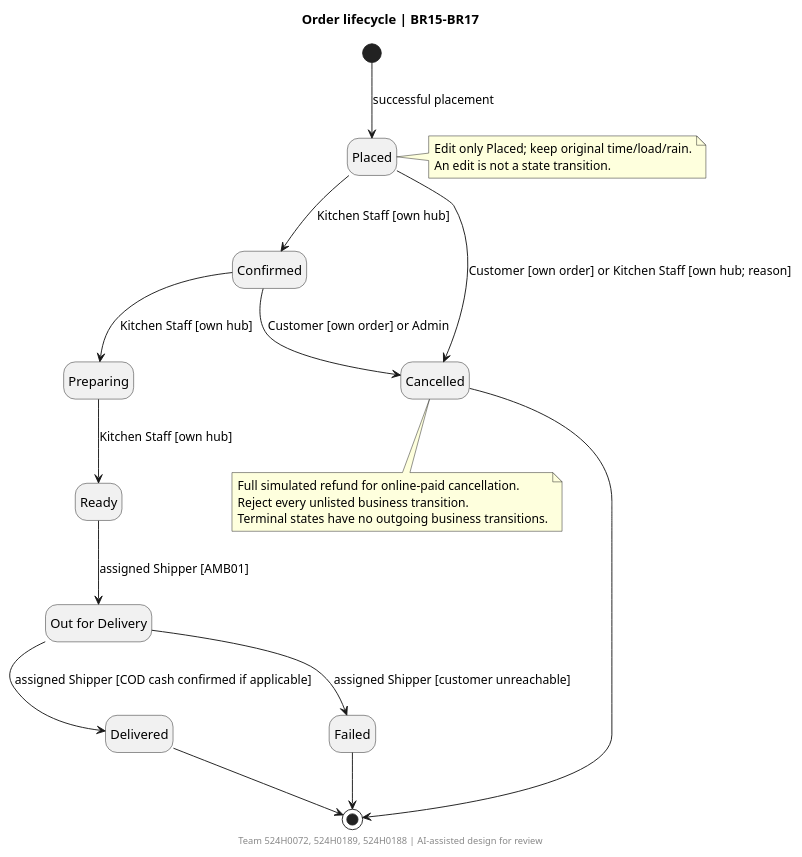
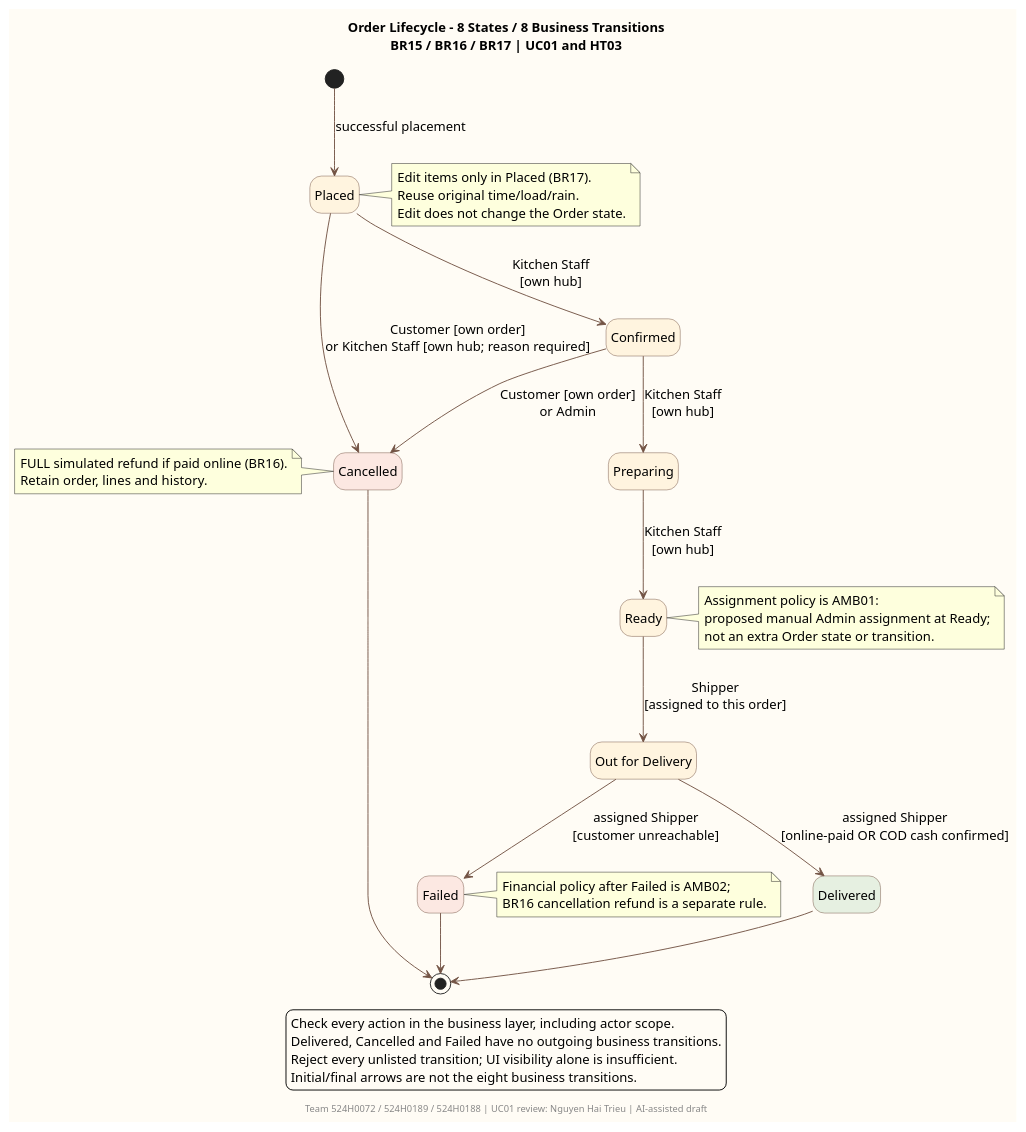
The diagram in docs/part2/diagrams/order-state.puml (rumnopro0809/saigonbite-group3), drawn with PlantUML before and after one commit. The commit also changed 23 other files, not shown here.

Commit message:
docs(uc01): complete Nov 11 activity and lifecycle review

```diff
--- a/docs/part2/diagrams/order-state.puml
+++ b/docs/part2/diagrams/order-state.puml
@@ -1,27 +1,56 @@
 @startuml
-title Order lifecycle | BR15-BR17
-footer Team 524H0072, 524H0189, 524H0188 | AI-assisted design for review
+title Order Lifecycle - 8 States / 8 Business Transitions\nBR15 / BR16 / BR17 | UC01 and HT03
+footer Team 524H0072 / 524H0189 / 524H0188 | UC01 review: Nguyen Hai Trieu | AI-assisted draft
+skinparam backgroundColor #FFFCF5
+skinparam shadowing false
+skinparam defaultFontName SansSerif
+skinparam defaultFontSize 14
+skinparam stateBackgroundColor #FFF4DF
+skinparam stateBorderColor #735344
+skinparam ArrowColor #735344
 hide empty description
+state Placed
+state Confirmed
+state Preparing
+state Ready
 state "Out for Delivery" as Out
+state Delivered #E6F0E1
+state Cancelled #FCE8E2
+state Failed #FCE8E2
 [*] --> Placed : successful placement
-Placed --> Confirmed : Kitchen Staff [own hub]
-Placed --> Cancelled : Customer [own order] or Kitchen Staff [own hub; reason]
-Confirmed --> Preparing : Kitchen Staff [own hub]
-Confirmed --> Cancelled : Customer [own order] or Admin
-Preparing --> Ready : Kitchen Staff [own hub]
-Ready --> Out : assigned Shipper [AMB01]
-Out --> Delivered : assigned Shipper [COD cash confirmed if applicable]
-Out --> Failed : assigned Shipper [customer unreachable]
+Placed --> Confirmed : Kitchen Staff\n[own hub]
+Placed --> Cancelled : Customer [own order]\nor Kitchen Staff [own hub; reason required]
+Confirmed --> Preparing : Kitchen Staff\n[own hub]
+Confirmed --> Cancelled : Customer [own order]\nor Admin
+Preparing --> Ready : Kitchen Staff\n[own hub]
+Ready --> Out : Shipper\n[assigned to this order]
+Out --> Delivered : assigned Shipper\n[online-paid OR COD cash confirmed]
+Out --> Failed : assigned Shipper\n[customer unreachable]
 Delivered --> [*]
 Cancelled --> [*]
 Failed --> [*]
 note right of Placed
-Edit only Placed; keep original time/load/rain.
-An edit is not a state transition.
+  Edit items only in Placed (BR17).
+  Reuse original time/load/rain.
+  Edit does not change the Order state.
 end note
-note bottom of Cancelled
-Full simulated refund for online-paid cancellation.
-Reject every unlisted business transition.
-Terminal states have no outgoing business transitions.
+note right of Ready
+  Assignment policy is AMB01:
+  proposed manual Admin assignment at Ready;
+  not an extra Order state or transition.
 end note
+note left of Cancelled
+  FULL simulated refund if paid online (BR16).
+  Retain order, lines and history.
+end note
+note right of Failed
+  Financial policy after Failed is AMB02;
+  BR16 cancellation refund is a separate rule.
+end note
+legend bottom
+  Check every action in the business layer, including actor scope.
+  Delivered, Cancelled and Failed have no outgoing business transitions.
+  Reject every unlisted transition; UI visibility alone is insufficient.
+  Initial/final arrows are not the eight business transitions.
+endlegend
 @enduml
```
